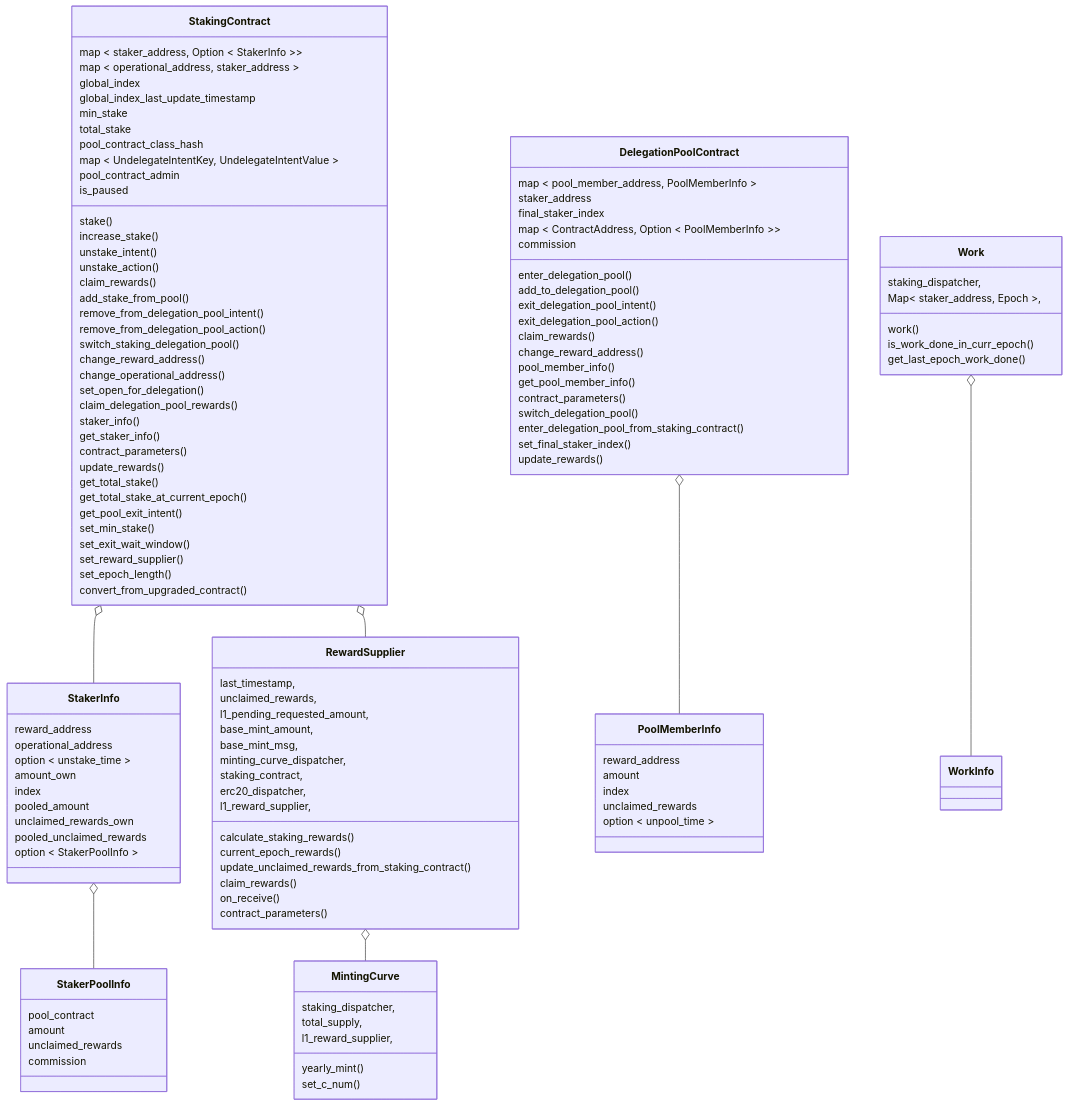
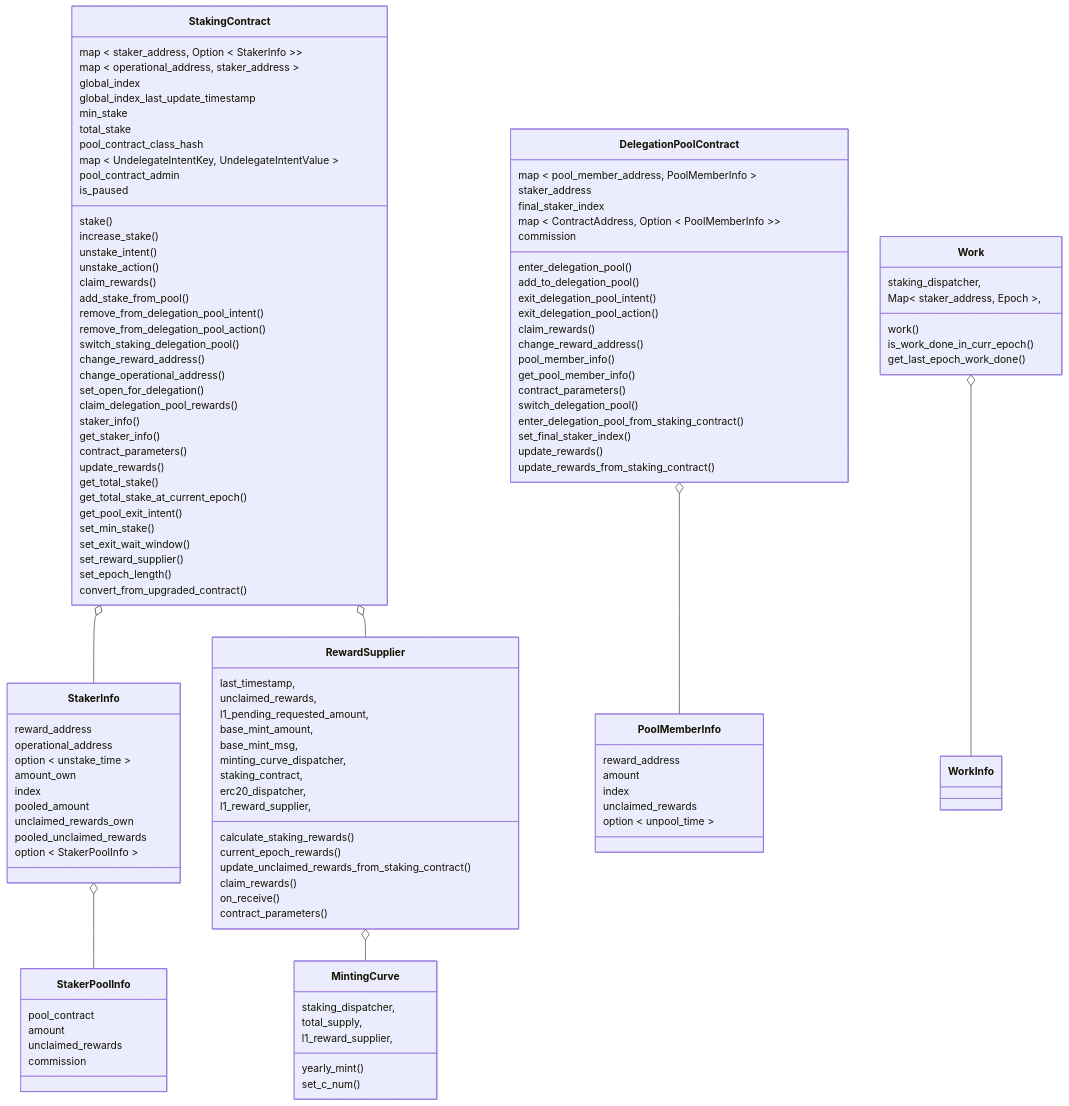
Before and after one commit to starkware-libs/starknet-staking: the first of 8 diagrams in workspace/apps/staking/docs/spec.md, drawn with Mermaid. The commit also changed other lines of this file and 3 other files, not shown here.

Commit message:
feat(staking): add pool rewards info trace (#3239)

```diff
--- a/workspace/apps/staking/docs/spec.md
+++ b/workspace/apps/staking/docs/spec.md
@@ -243,6 +244,7 @@
     enter_delegation_pool_from_staking_contract()
     set_final_staker_index()
     update_rewards()
+    update_rewards_from_staking_contract()
   }
   class StakerInfo{
     reward_address
```
